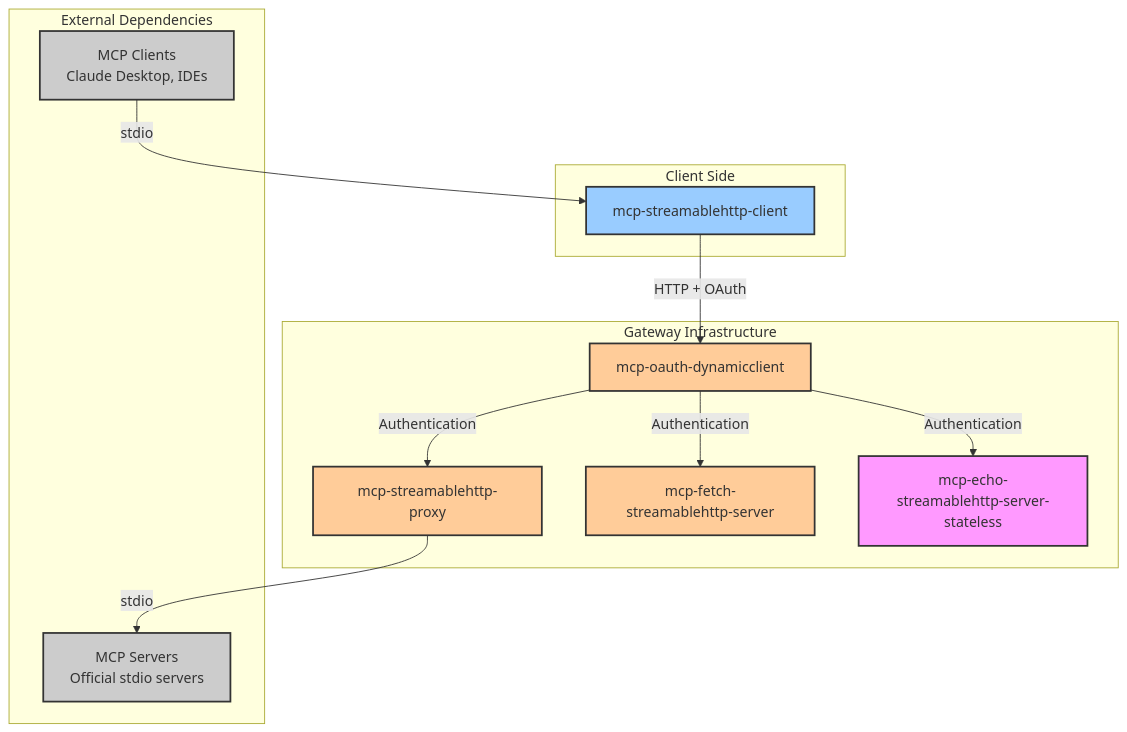
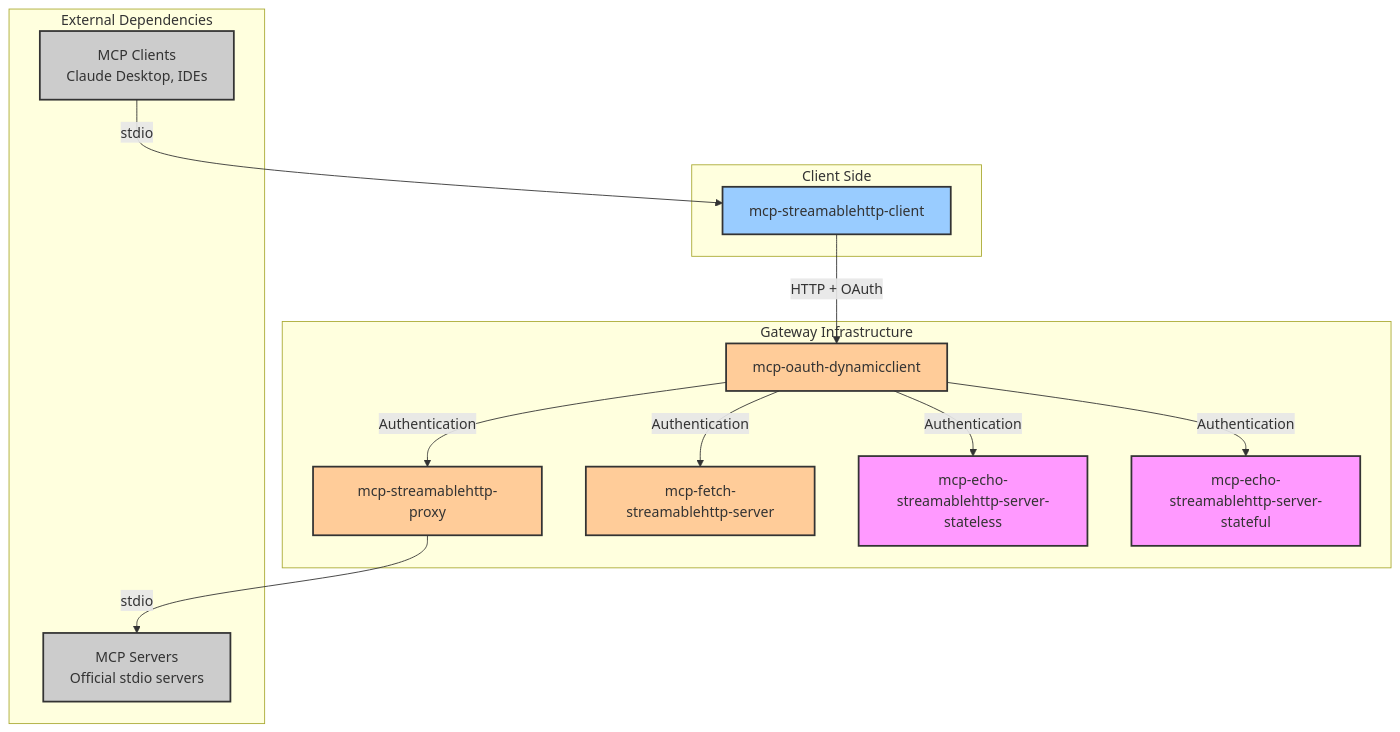
One commit to atrawog/mcp-oauth-gateway changed the first of 2 diagrams in docs/packages/overview.md. Above: the diagram before and after it, drawn with Mermaid. The commit also changed other lines of this file and 13 other files, not shown here.

First line of the commit message:
Refactor and enhance MCP Echo services with stateful and stateless configurations

````diff
--- a/docs/packages/overview.md
+++ b/docs/packages/overview.md
@@ -7,35 +7,37 @@
 ```{mermaid}
 graph TB
     subgraph "Client Side"
         C[mcp-streamablehttp-client]
     end
 
     subgraph "Gateway Infrastructure"
         O[mcp-oauth-dynamicclient]
         P[mcp-streamablehttp-proxy]
         F[mcp-fetch-streamablehttp-server]
-        E[mcp-echo-streamablehttp-server-stateless]
+        ES[mcp-echo-streamablehttp-server-stateless]
+        EST[mcp-echo-streamablehttp-server-stateful]
     end
 
     subgraph "External Dependencies"
         MC[MCP Clients<br/>Claude Desktop, IDEs]
         MS[MCP Servers<br/>Official stdio servers]
     end
 
     MC -->|stdio| C
     C -->|HTTP + OAuth| O
     O -->|Authentication| P
     O -->|Authentication| F
-    O -->|Authentication| E
+    O -->|Authentication| ES
+    O -->|Authentication| EST
     P -->|stdio| MS
 
     classDef client fill:#9cf,stroke:#333,stroke-width:2px
     classDef infra fill:#fc9,stroke:#333,stroke-width:2px
     classDef external fill:#ccc,stroke:#333,stroke-width:2px
     classDef diagnostic fill:#f9f,stroke:#333,stroke-width:2px
 
     class C client
     class O,P,F infra
-    class E diagnostic
+    class ES,EST diagnostic
     class MC,MS external
 ```
````
